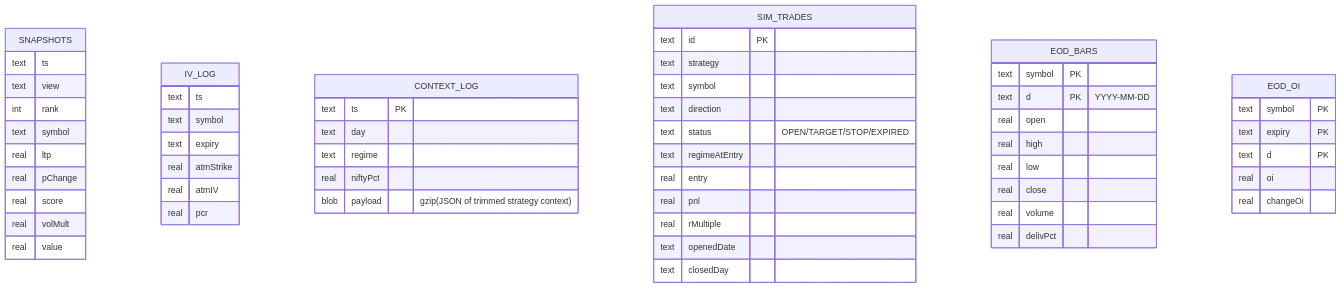
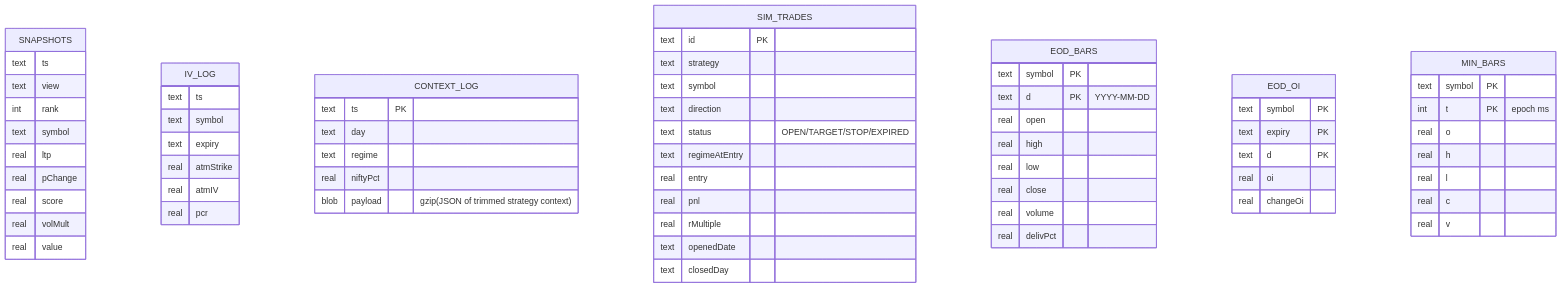
The sixth of 7 diagrams in README.md (aakash-jain-1/nse-market-pulse), drawn with Mermaid before and after one commit. The commit also changed other lines of this file and 5 other files, not shown here.

````diff
--- a/README.md
+++ b/README.md
@@ -304,59 +312,68 @@
 ```mermaid
 erDiagram
     SNAPSHOTS {
         text ts
         text view
         int rank
         text symbol
         real ltp
         real pChange
         real score
         real volMult
         real value
     }
     IV_LOG {
         text ts
         text symbol
         text expiry
         real atmStrike
         real atmIV
         real pcr
     }
     CONTEXT_LOG {
         text ts PK
         text day
         text regime
         real niftyPct
         blob payload "gzip(JSON of trimmed strategy context)"
     }
     SIM_TRADES {
         text id PK
         text strategy
         text symbol
         text direction
         text status "OPEN/TARGET/STOP/EXPIRED"
         text regimeAtEntry
         real entry
         real pnl
         real rMultiple
         text openedDate
         text closedDay
     }
     EOD_BARS {
         text symbol PK
         text d PK "YYYY-MM-DD"
         real open
         real high
         real low
         real close
         real volume
         real delivPct
     }
     EOD_OI {
         text symbol PK
         text expiry PK
         text d PK
         real oi
         real changeOi
     }
+    MIN_BARS {
+        text symbol PK
+        int t PK "epoch ms"
+        real o
+        real h
+        real l
+        real c
+        real v
+    }
 ```
````
